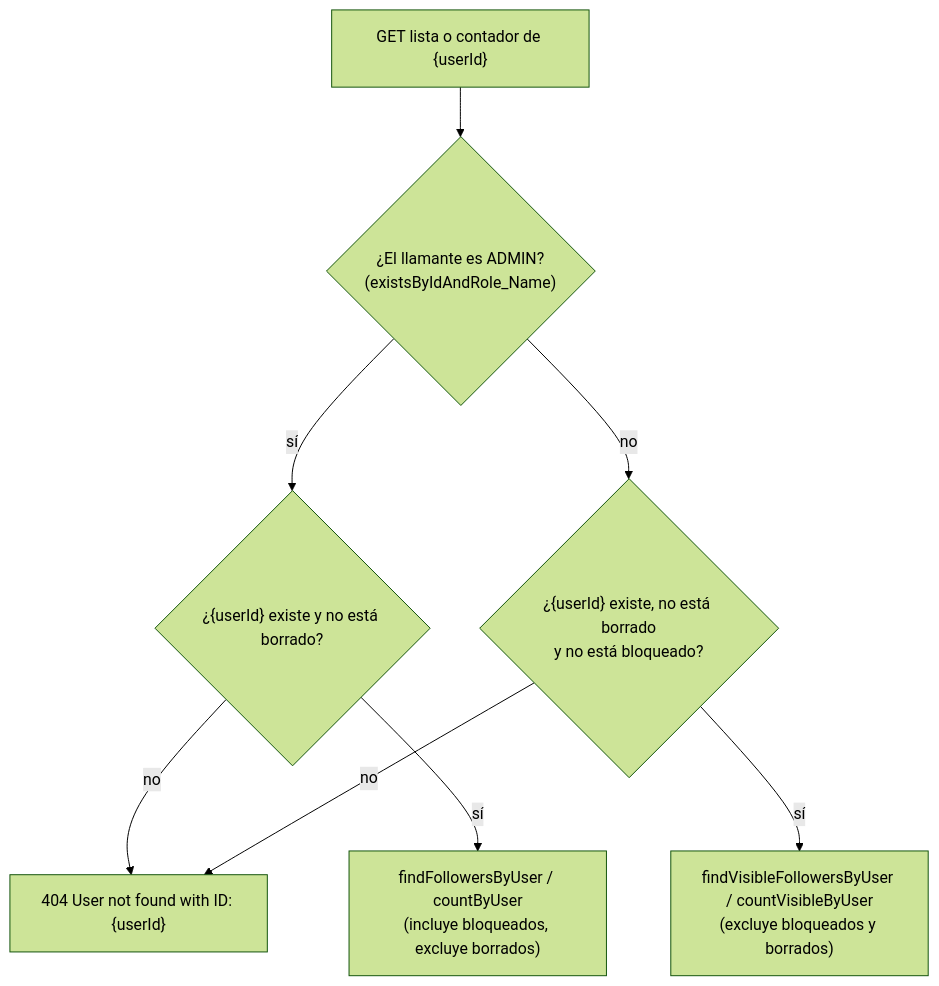
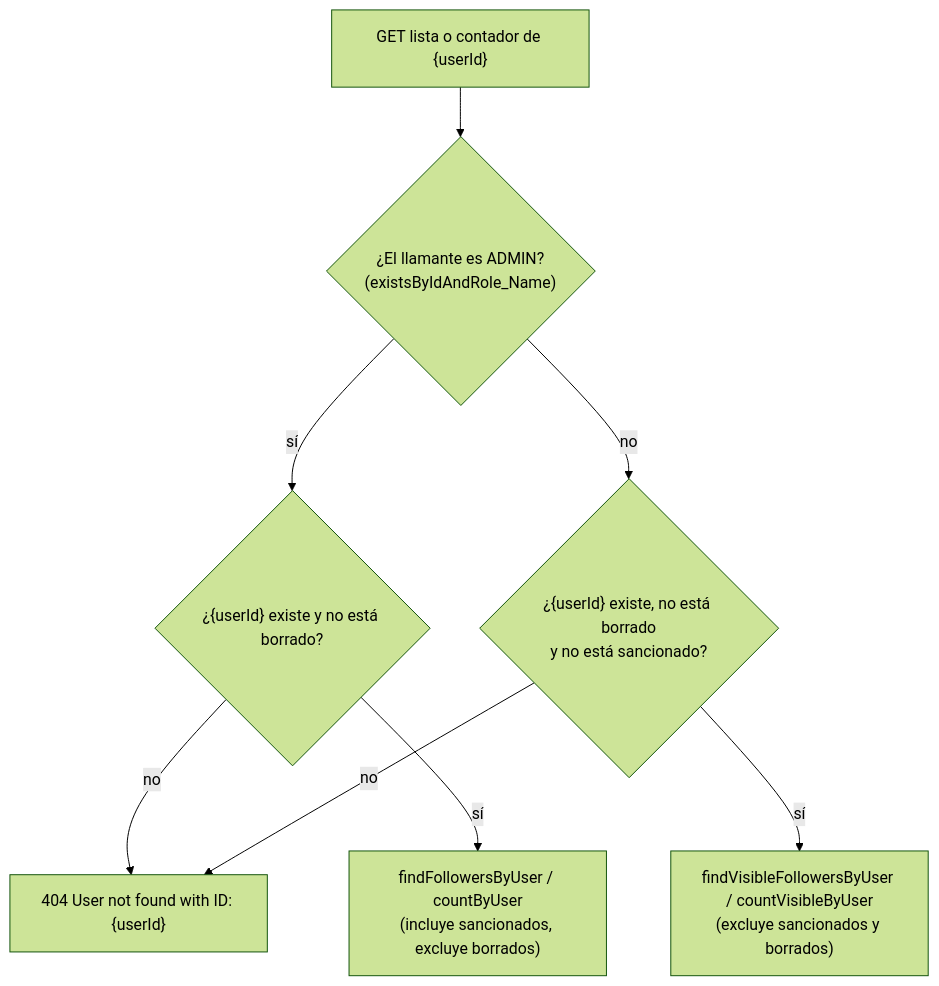
One commit to joseph517/vapati changed the diagram in docs/arquitectura/dominios/follower.md. Above: the diagram before and after it, drawn with Mermaid (forest theme). The commit also changed other lines of this file and 19 other files, not shown here.

````diff
--- a/docs/arquitectura/dominios/follower.md
+++ b/docs/arquitectura/dominios/follower.md
@@ -94,10 +94,10 @@
 ```mermaid
 flowchart TD
     A["GET lista o contador de {userId}"] --> B{"¿El llamante es ADMIN?<br/>(existsByIdAndRole_Name)"}
     B -- sí --> C{"¿{userId} existe y no está borrado?"}
-    B -- no --> D{"¿{userId} existe, no está borrado<br/>y no está bloqueado?"}
+    B -- no --> D{"¿{userId} existe, no está borrado<br/>y no está sancionado?"}
     C -- no --> E["404 User not found with ID: {userId}"]
     D -- no --> E
-    C -- sí --> F["findFollowersByUser / countByUser<br/>(incluye bloqueados, excluye borrados)"]
-    D -- sí --> G["findVisibleFollowersByUser / countVisibleByUser<br/>(excluye bloqueados y borrados)"]
+    C -- sí --> F["findFollowersByUser / countByUser<br/>(incluye sancionados, excluye borrados)"]
+    D -- sí --> G["findVisibleFollowersByUser / countVisibleByUser<br/>(excluye sancionados y borrados)"]
 ```
````
